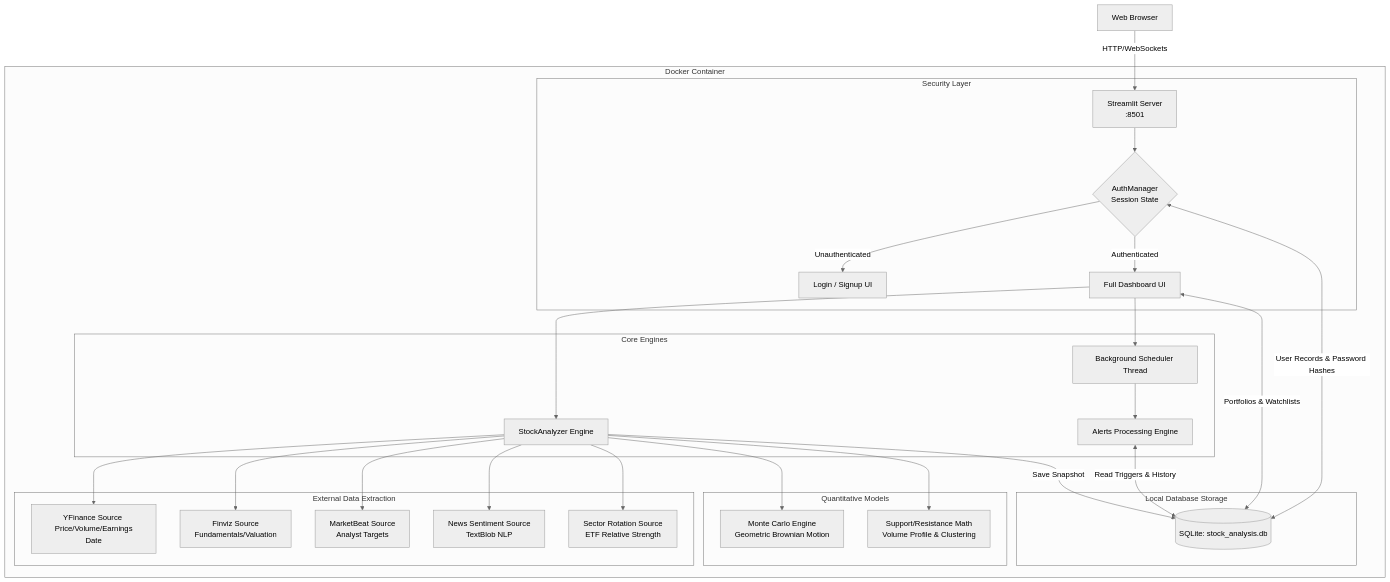
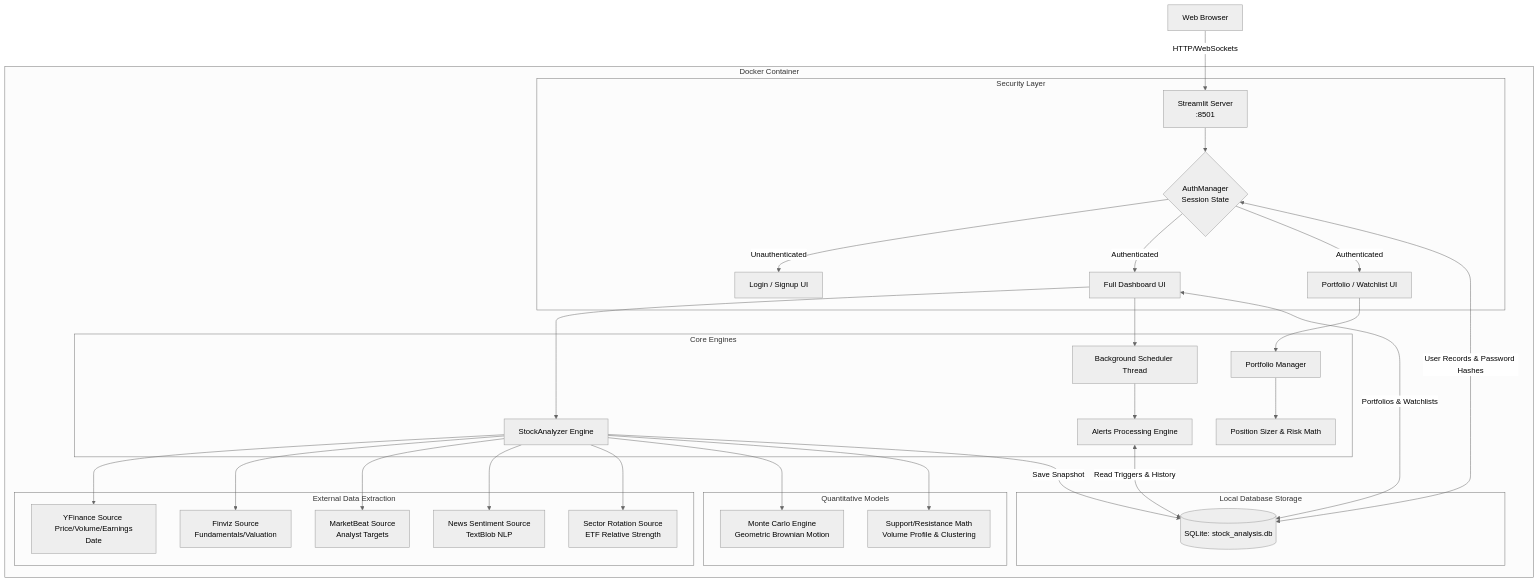
One commit to tryorfry/growth_invest_plan changed the diagram in ARCHITECTURE.md. Above: the diagram before and after it, drawn with Mermaid (neutral theme). The commit also changed other lines of this file and 5 other files, not shown here.

Commit message:
Enhance Portfolio Tracker: Add NLV, Cash Management, Risk Sizer

````diff
--- a/ARCHITECTURE.md
+++ b/ARCHITECTURE.md
@@ -7,47 +7,50 @@
 ```mermaid
 graph TD
     %% User Interfaces
     Client[Web Browser] -->|HTTP/WebSockets| StreamlitApp
 
     subgraph Docker Container
         StreamlitApp[Streamlit Server <br/> :8501]
 
         %% Authentication Gate
         subgraph Security Layer
             StreamlitApp --> AuthGate{AuthManager <br/> Session State}
             AuthGate -->|Unauthenticated| LoginPage[Login / Signup UI]
             AuthGate -->|Authenticated| Dashboard[Full Dashboard UI]
+            AuthGate -->|Authenticated| SubPages[Portfolio / Watchlist UI]
         end
 
         %% Internal Python Modules
         subgraph Core Engines
             Dashboard --> Analyzer[StockAnalyzer Engine]
             Dashboard --> Scheduler[Background Scheduler Thread]
             Scheduler --> AlertsEngine[Alerts Processing Engine]
+            SubPages --> PortfolioManager[Portfolio Manager]
+            PortfolioManager --> PositionSizer[Position Sizer & Risk Math]
         end
 
         %% Data Sources Layer
         subgraph External Data Extraction
             Analyzer --> YFinance[YFinance Source <br/> Price/Volume/Earnings Date]
             Analyzer --> Finviz[Finviz Source <br/> Fundamentals/Valuation]
             Analyzer --> MarketBeat[MarketBeat Source <br/> Analyst Targets]
             Analyzer --> NewsSource[News Sentiment Source <br/> TextBlob NLP]
             Analyzer --> SectorSource[Sector Rotation Source <br/> ETF Relative Strength]
         end
 
         %% Advanced Mathematical Modeling
         subgraph Quantitative Models
             Analyzer --> MonteCarlo[Monte Carlo Engine <br/> Geometric Brownian Motion]
             Analyzer --> SupportResistance[Support/Resistance Math <br/> Volume Profile & Clustering]
         end
 
         %% Database Persistence
         subgraph Local Database Storage
             Database[(SQLite: stock_analysis.db)]
             AuthGate <-->|User Records & Password Hashes| Database
             Analyzer -->|Save Snapshot| Database
             AlertsEngine <-->|Read Triggers & History| Database
             Dashboard <-->|Portfolios & Watchlists| Database
         end
     end
 ```
````
